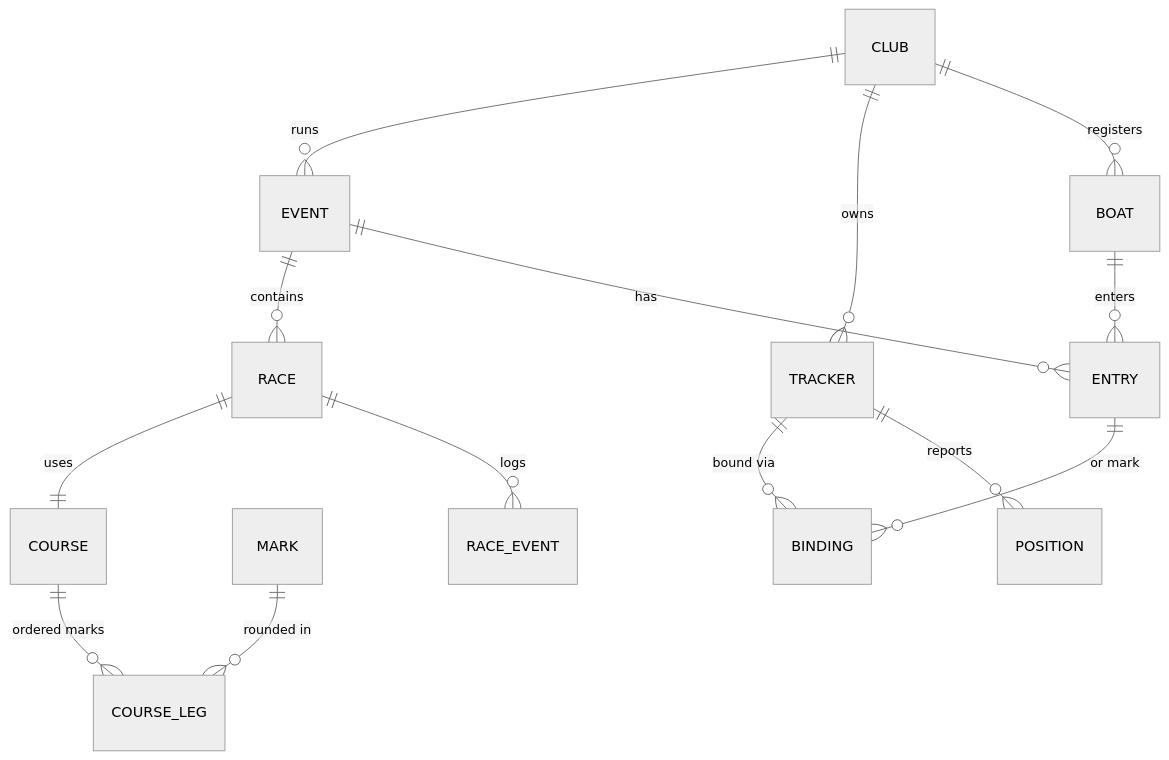
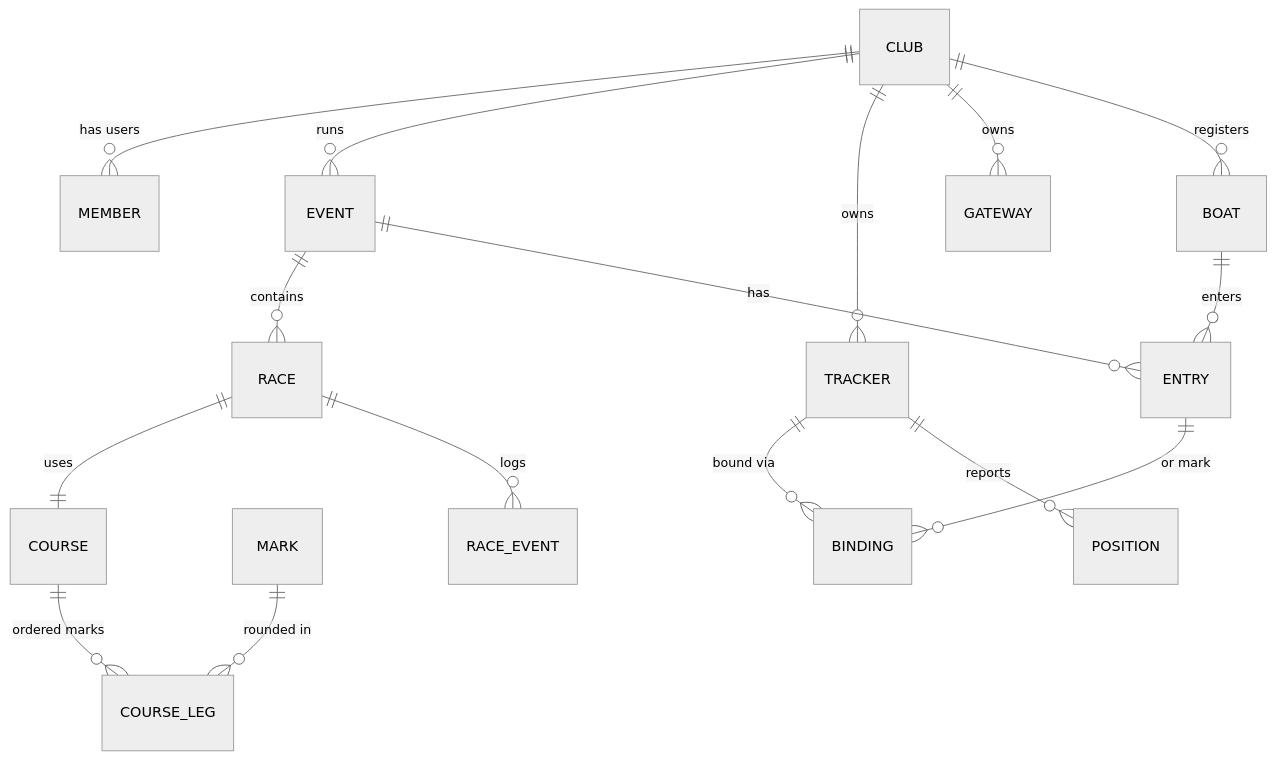
One commit to feelgoodinc183/boat-tracker changed the second of 2 diagrams in docs/PLAN.md. Above: the diagram before and after it, drawn with Mermaid (neutral theme). The commit also changed other lines of this file, not shown here.

````diff
--- a/docs/PLAN.md
+++ b/docs/PLAN.md
@@ -167,16 +209,18 @@
 ```mermaid
 erDiagram
+  CLUB ||--o{ MEMBER : "has users"
   CLUB ||--o{ EVENT : runs
   CLUB ||--o{ TRACKER : owns
+  CLUB ||--o{ GATEWAY : owns
   CLUB ||--o{ BOAT : registers
   EVENT ||--o{ RACE : contains
   EVENT ||--o{ ENTRY : has
   BOAT ||--o{ ENTRY : enters
   RACE ||--|| COURSE : uses
   COURSE ||--o{ COURSE_LEG : "ordered marks"
   MARK ||--o{ COURSE_LEG : "rounded in"
   TRACKER ||--o{ BINDING : "bound via"
   ENTRY ||--o{ BINDING : "or mark"
   TRACKER ||--o{ POSITION : reports
   RACE ||--o{ RACE_EVENT : logs
 ```
````
